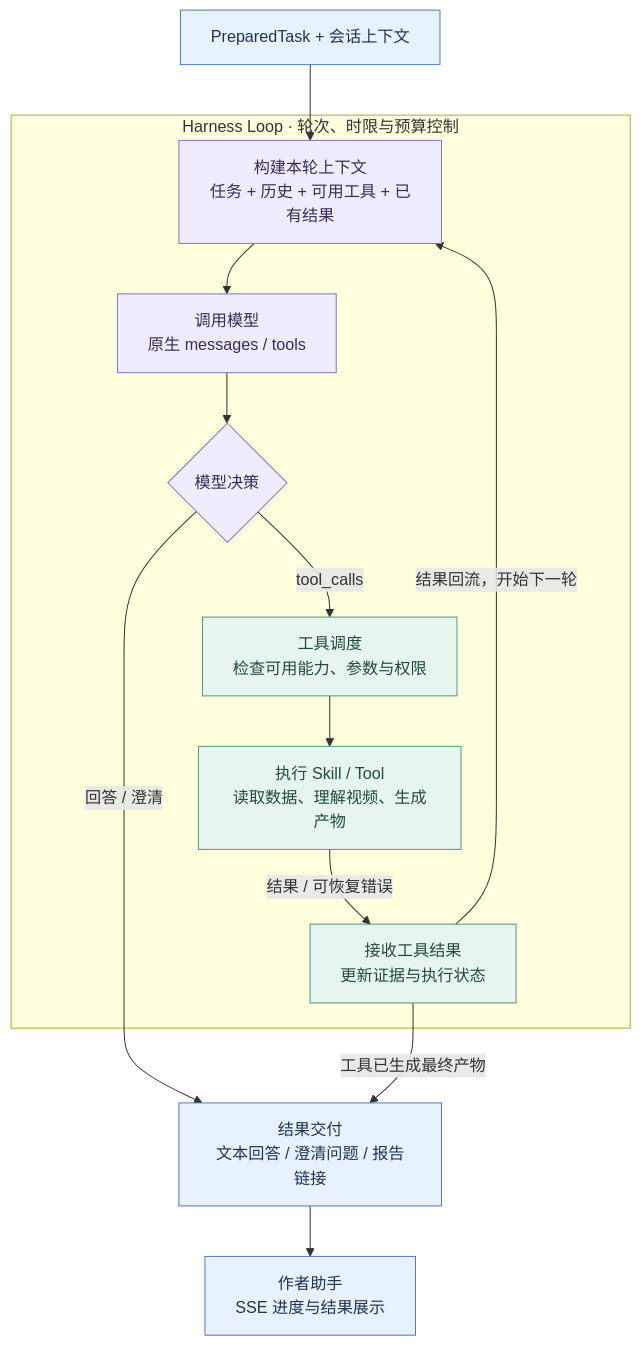
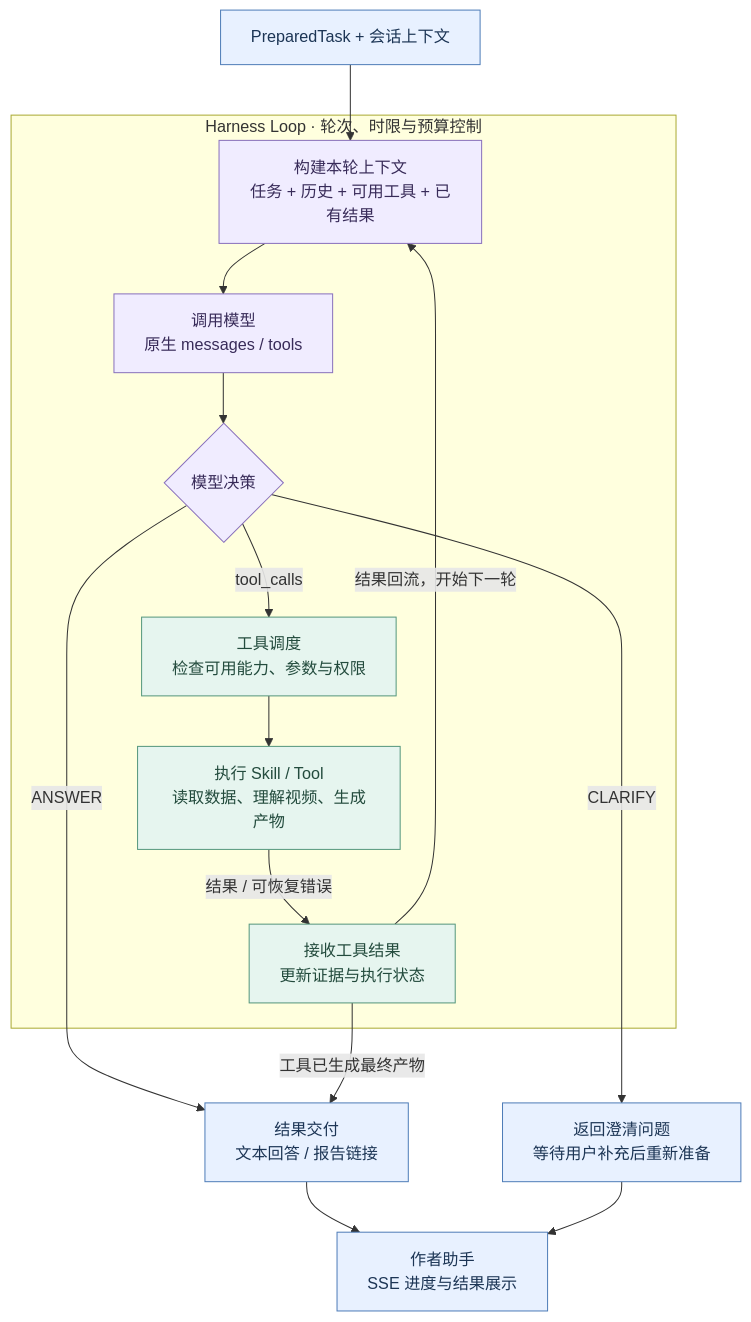
Before and after one commit to blackirlsama/Tianmu: the third of 3 diagrams in README.md, drawn with Mermaid. The commit also changed other lines of this file, not shown here.

Commit message:
docs: show optional preparation analysis and clarification flows

````diff
--- a/README.md
+++ b/README.md
@@ -140,31 +146,33 @@
 ```mermaid
 flowchart TB
     Task["PreparedTask + 会话上下文"] --> Context
 
     subgraph Loop["Harness Loop · 轮次、时限与预算控制"]
         Context["构建本轮上下文<br/>任务 + 历史 + 可用工具 + 已有结果"]
         Model["调用模型<br/>原生 messages / tools"]
         Decision{"模型决策"}
         Tools["工具调度<br/>检查可用能力、参数与权限"]
         Execute["执行 Skill / Tool<br/>读取数据、理解视频、生成产物"]
         Observation["接收工具结果<br/>更新证据与执行状态"]
 
         Context --> Model
         Model --> Decision
         Decision -->|tool_calls| Tools
         Tools --> Execute
         Execute -->|结果 / 可恢复错误| Observation
         Observation -->|结果回流，开始下一轮| Context
     end
 
-    Decision -->|回答 / 澄清| Delivery["结果交付<br/>文本回答 / 澄清问题 / 报告链接"]
+    Decision -->|ANSWER| Delivery["结果交付<br/>文本回答 / 报告链接"]
+    Decision -->|CLARIFY| Clarify["返回澄清问题<br/>等待用户补充后重新准备"]
     Observation -->|工具已生成最终产物| Delivery
     Delivery --> Client["作者助手<br/>SSE 进度与结果展示"]
+    Clarify --> Client
 
     classDef core fill:#f0ecff,stroke:#8971bc,color:#382b59
     classDef tool fill:#e6f5ef,stroke:#55977d,color:#234b3d
     classDef result fill:#e8f1ff,stroke:#4f7db8,color:#1c3555
     class Context,Model,Decision core
     class Tools,Execute,Observation tool
-    class Task,Delivery,Client result
+    class Task,Delivery,Clarify,Client result
 ```
````
